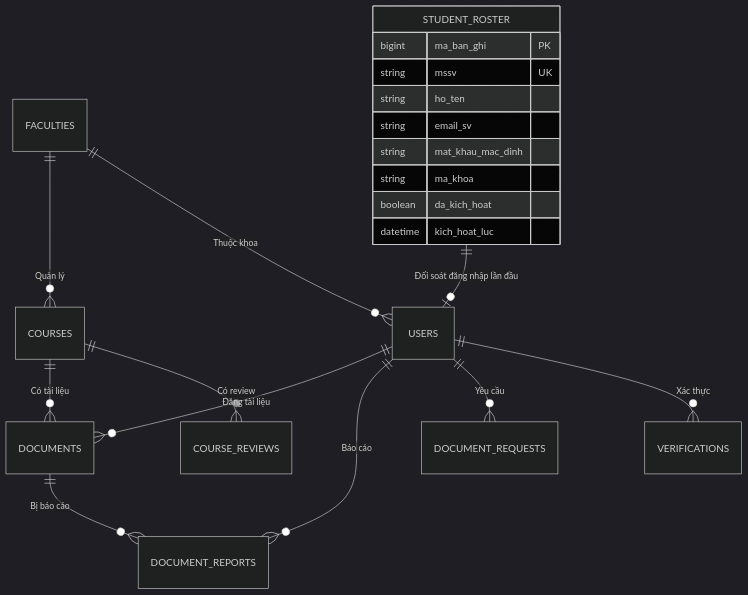
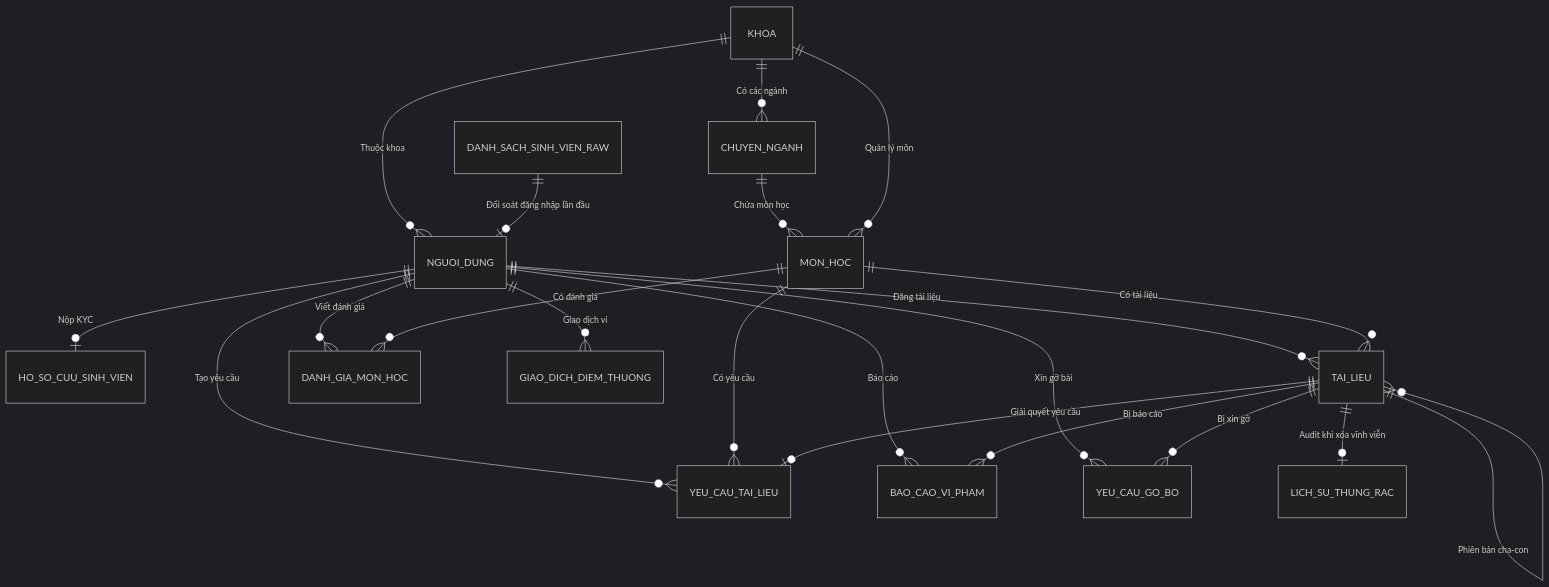
One commit to DuyCaChef/AGU-Academic-Hub changed the second of 2 diagrams in .md/TaiLieuThietKe.md. Above: the diagram before and after it, drawn with Mermaid (dark theme). The commit also changed other lines of this file and 5 other files, not shown here.

Commit message:
docs: synchronize 4-tier modular monolith architecture across all design and specification docs

````diff
--- a/.md/TaiLieuThietKe.md
+++ b/.md/TaiLieuThietKe.md
@@ -29,23 +159,23 @@
 ``` mermaid
 erDiagram
-    FACULTIES ||--o{ COURSES : "Quản lý"
-    FACULTIES ||--o{ USERS : "Thuộc khoa"
-    USERS ||--o{ DOCUMENTS : "Đăng tài liệu"
-    USERS ||--o{ DOCUMENT_REPORTS : "Báo cáo"
-    USERS ||--o{ DOCUMENT_REQUESTS : "Yêu cầu"
-    USERS ||--o{ VERIFICATIONS : "Xác thực"
-    STUDENT_ROSTER ||--o| USERS : "Đối soát đăng nhập lần đầu"
-    COURSES ||--o{ DOCUMENTS : "Có tài liệu"
-    COURSES ||--o{ COURSE_REVIEWS : "Có review"
-    DOCUMENTS ||--o{ DOCUMENT_REPORTS : "Bị báo cáo"
-    STUDENT_ROSTER {
-        bigint ma_ban_ghi PK
-        string mssv UK
-        string ho_ten
-        string email_sv
-        string mat_khau_mac_dinh
-        string ma_khoa
-        boolean da_kich_hoat
-        datetime kich_hoat_luc
-    }
+    KHOA ||--o{ CHUYEN_NGANH : "Có các ngành"
+    KHOA ||--o{ NGUOI_DUNG : "Thuộc khoa"
+    CHUYEN_NGANH ||--o{ MON_HOC : "Chứa môn học"
+    KHOA ||--o{ MON_HOC : "Quản lý môn"
+    DANH_SACH_SINH_VIEN_RAW ||--o| NGUOI_DUNG : "Đối soát đăng nhập lần đầu"
+    NGUOI_DUNG ||--o| HO_SO_CUU_SINH_VIEN : "Nộp KYC"
+    NGUOI_DUNG ||--o{ TAI_LIEU : "Đăng tài liệu"
+    NGUOI_DUNG ||--o{ DANH_GIA_MON_HOC : "Viết đánh giá"
+    NGUOI_DUNG ||--o{ YEU_CAU_TAI_LIEU : "Tạo yêu cầu"
+    NGUOI_DUNG ||--o{ BAO_CAO_VI_PHAM : "Báo cáo"
+    NGUOI_DUNG ||--o{ YEU_CAU_GO_BO : "Xin gỡ bài"
+    NGUOI_DUNG ||--o{ GIAO_DICH_DIEM_THUONG : "Giao dịch ví"
+    MON_HOC ||--o{ TAI_LIEU : "Có tài liệu"
+    MON_HOC ||--o{ DANH_GIA_MON_HOC : "Có đánh giá"
+    MON_HOC ||--o{ YEU_CAU_TAI_LIEU : "Có yêu cầu"
+    TAI_LIEU ||--o{ TAI_LIEU : "Phiên bản cha-con"
+    TAI_LIEU ||--o{ BAO_CAO_VI_PHAM : "Bị báo cáo"
+    TAI_LIEU ||--o{ YEU_CAU_GO_BO : "Bị xin gỡ"
+    TAI_LIEU ||--o| YEU_CAU_TAI_LIEU : "Giải quyết yêu cầu"
+    TAI_LIEU ||--o| LICH_SU_THUNG_RAC : "Audit khi xóa vĩnh viễn"
 ```
````
